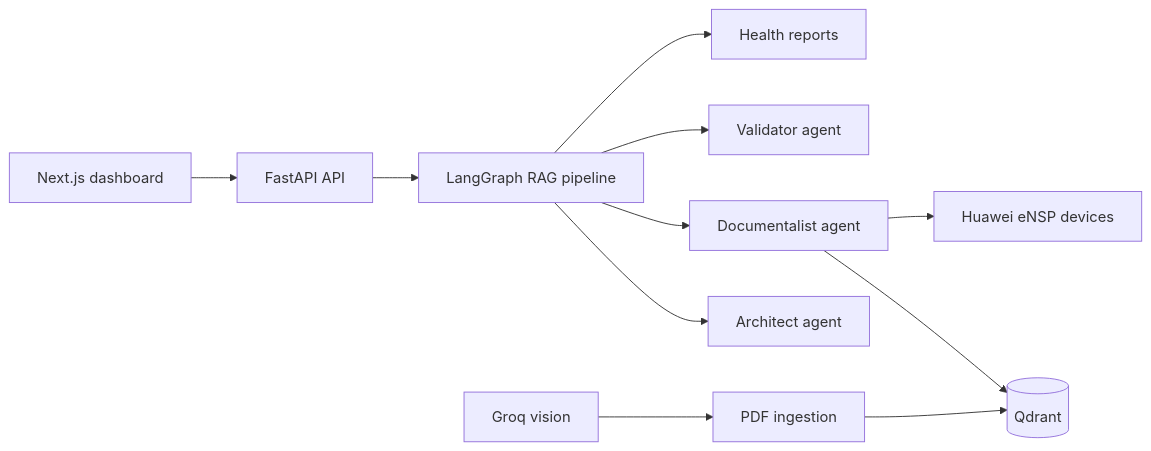
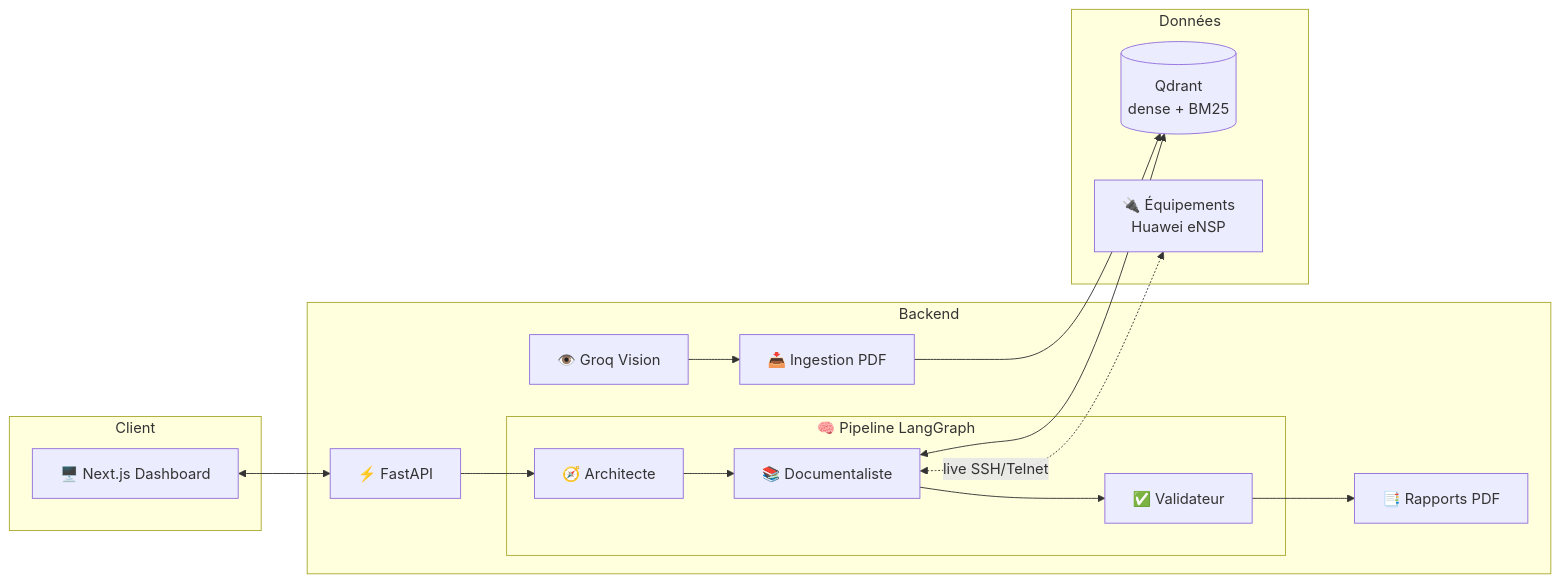
One commit to rebhimariem27-tech/Huawei changed the diagram in README.md. Above: the diagram before and after it, drawn with Mermaid. The commit also changed other lines of this file, not shown here.

First line of the commit message:
Revise README for NetRAG project details

````diff
--- a/README.md
+++ b/README.md
@@ -24,13 +138,29 @@
 ```mermaid
 flowchart LR
-    UI[Next.js dashboard] --> API[FastAPI API]
-    API --> GRAPH[LangGraph RAG pipeline]
-    GRAPH --> ARCH[Architect agent]
-    GRAPH --> DOC[Documentalist agent]
-    GRAPH --> VAL[Validator agent]
-    DOC --> QDRANT[(Qdrant)]
-    DOC --> DEV[Huawei eNSP devices]
-    INGEST[PDF ingestion] --> QDRANT
-    VISION[Groq vision] --> INGEST
-    GRAPH --> REPORTS[Health reports]
+    subgraph Client
+        UI[🖥️ Next.js Dashboard]
+    end
+
+    subgraph Backend
+        API[⚡ FastAPI]
+        subgraph LangGraph["🧠 Pipeline LangGraph"]
+            ARCH[🧭 Architecte] --> DOC[📚 Documentaliste] --> VAL[✅ Validateur]
+        end
+        INGEST[📥 Ingestion PDF]
+        VISION[👁️ Groq Vision]
+        REPORTS[📑 Rapports PDF]
+    end
+
+    subgraph Données
+        QDRANT[(Qdrant<br/>dense + BM25)]
+        DEV[🔌 Équipements<br/>Huawei eNSP]
+    end
+
+    UI <--> API
+    API --> ARCH
+    DOC <--> QDRANT
+    DOC <-.live SSH/Telnet.-> DEV
+    VAL --> REPORTS
+    INGEST --> QDRANT
+    VISION --> INGEST
 ```
````
